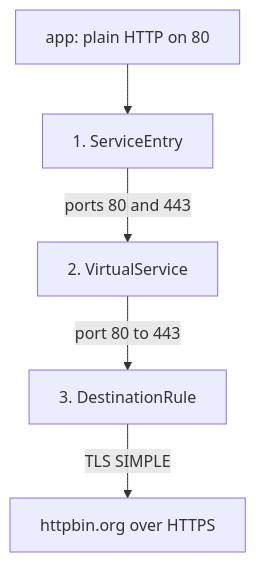
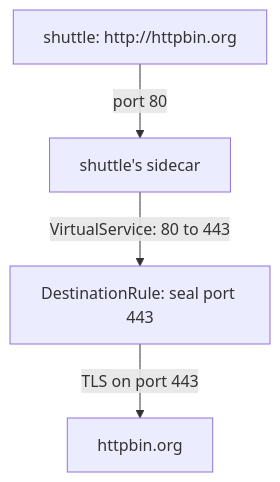
One commit to astrona-io/ATS014 changed the diagram in sections/section-070/module-02/course-02-the-three-objects.md. Above: the diagram before and after it, drawn with Mermaid. The commit also changed other lines of this file and 813 other files, not shown here.

````diff
--- a/sections/section-070/module-02/course-02-the-three-objects.md
+++ b/sections/section-070/module-02/course-02-the-three-objects.md
@@ -7,7 +5,6 @@
 ```mermaid
 flowchart TB
-    A["app: plain HTTP on 80"] --> S["1. ServiceEntry"]
-    S -->|"ports 80 and 443"| V["2. VirtualService"]
-    V -->|"port 80 to 443"| D["3. DestinationRule"]
-    D -->|"TLS SIMPLE"| E["httpbin.org over HTTPS"]
+    A["shuttle: http://httpbin.org"] -->|"port 80"| P["shuttle's sidecar"]
+    P -->|"VirtualService: 80 to 443"| D["DestinationRule: seal port 443"]
+    D -->|"TLS on port 443"| X["httpbin.org"]
 ```
````
